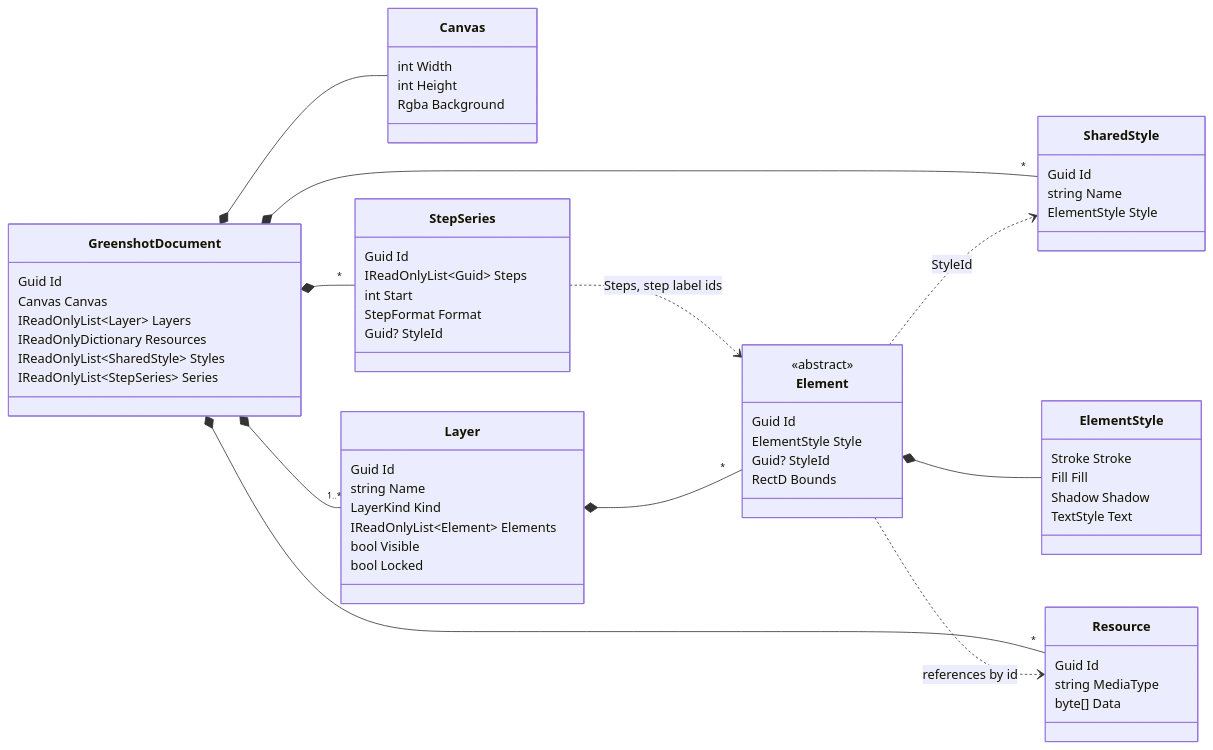
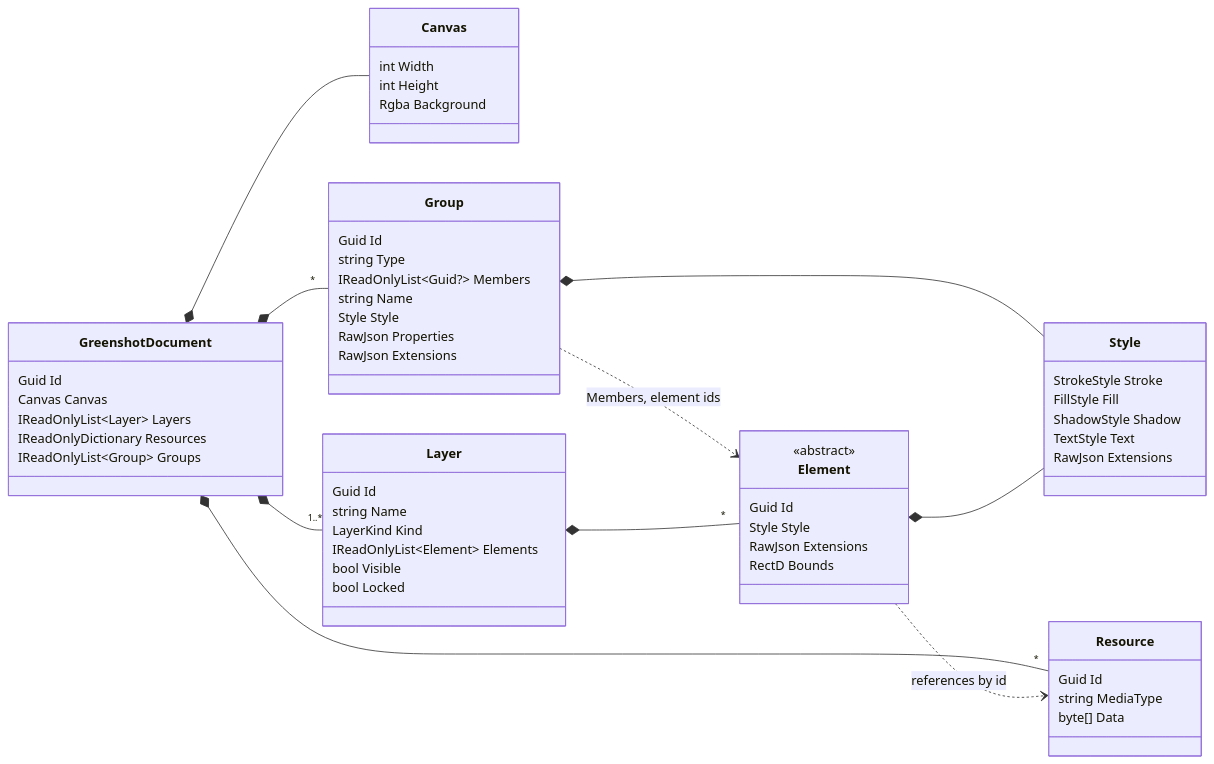
Before and after one commit to greenshot/greenshot: the second of 5 diagrams in docs/document-model.md, drawn with Mermaid. The commit also changed other lines of this file and 15 other files, not shown here.

First line of the commit message:
Groups instead of step series and shared styles, with an inheritable Style

````diff
--- a/docs/document-model.md
+++ b/docs/document-model.md
@@ -50,65 +50,61 @@
 ```mermaid
 classDiagram
     direction LR
     class GreenshotDocument {
         Guid Id
         Canvas Canvas
         IReadOnlyList~Layer~ Layers
         IReadOnlyDictionary Resources
-        IReadOnlyList~SharedStyle~ Styles
-        IReadOnlyList~StepSeries~ Series
+        IReadOnlyList~Group~ Groups
     }
     class Canvas {
         int Width
         int Height
         Rgba Background
     }
-    class SharedStyle {
+    class Group {
         Guid Id
+        string Type
+        IReadOnlyList~Guid?~ Members
         string Name
-        ElementStyle Style
-    }
-    class StepSeries {
-        Guid Id
-        IReadOnlyList~Guid~ Steps
-        int Start
-        StepFormat Format
-        Guid? StyleId
+        Style Style
+        RawJson Properties
+        RawJson Extensions
     }
     class Layer {
         Guid Id
         string Name
         LayerKind Kind
         IReadOnlyList~Element~ Elements
         bool Visible
         bool Locked
     }
     class Resource {
         Guid Id
         string MediaType
         byte[] Data
     }
     class Element {
         <<abstract>>
         Guid Id
-        ElementStyle Style
-        Guid? StyleId
+        Style Style
+        RawJson Extensions
         RectD Bounds
     }
-    class ElementStyle {
-        Stroke Stroke
-        Fill Fill
-        Shadow Shadow
+    class Style {
+        StrokeStyle Stroke
+        FillStyle Fill
+        ShadowStyle Shadow
         TextStyle Text
+        RawJson Extensions
     }
     GreenshotDocument *-- Canvas
     GreenshotDocument *-- "1..*" Layer
     GreenshotDocument *-- "*" Resource
-    GreenshotDocument *-- "*" SharedStyle
-    GreenshotDocument *-- "*" StepSeries
-    Element ..> SharedStyle : StyleId
-    StepSeries ..> Element : Steps, step label ids
+    GreenshotDocument *-- "*" Group
+    Group ..> Element : Members, element ids
+    Group *-- Style
     Layer *-- "*" Element
-    Element *-- ElementStyle
+    Element *-- Style
     Element ..> Resource : references by id
 ```
````
